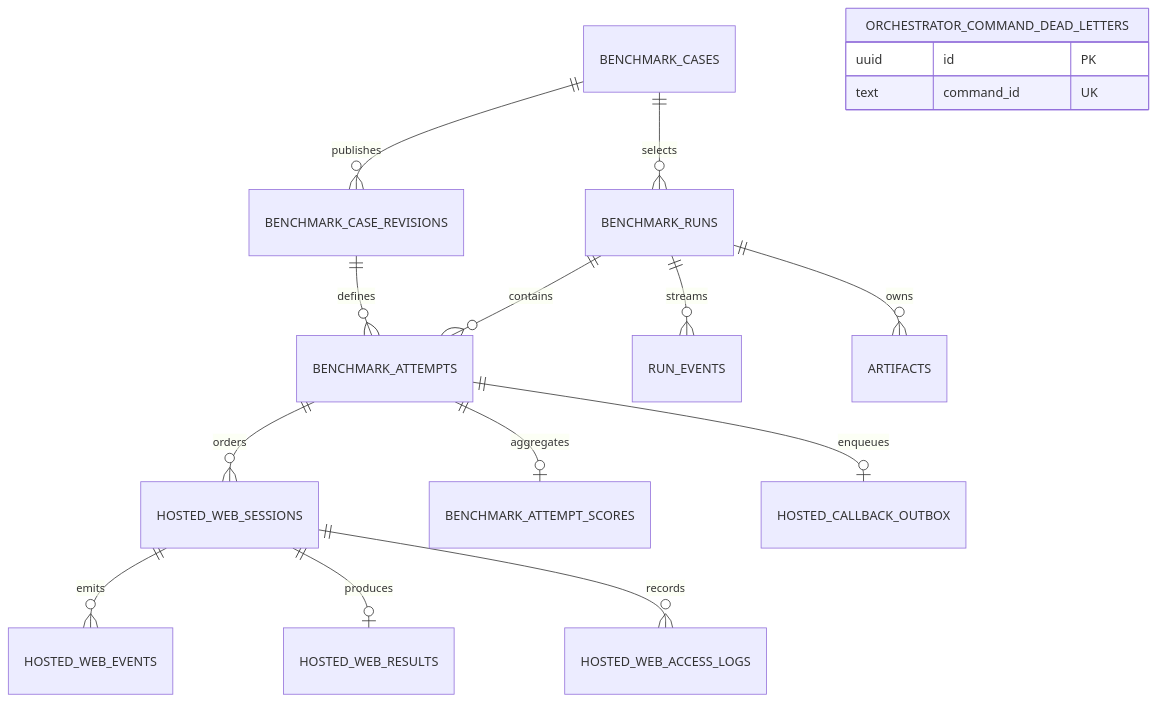
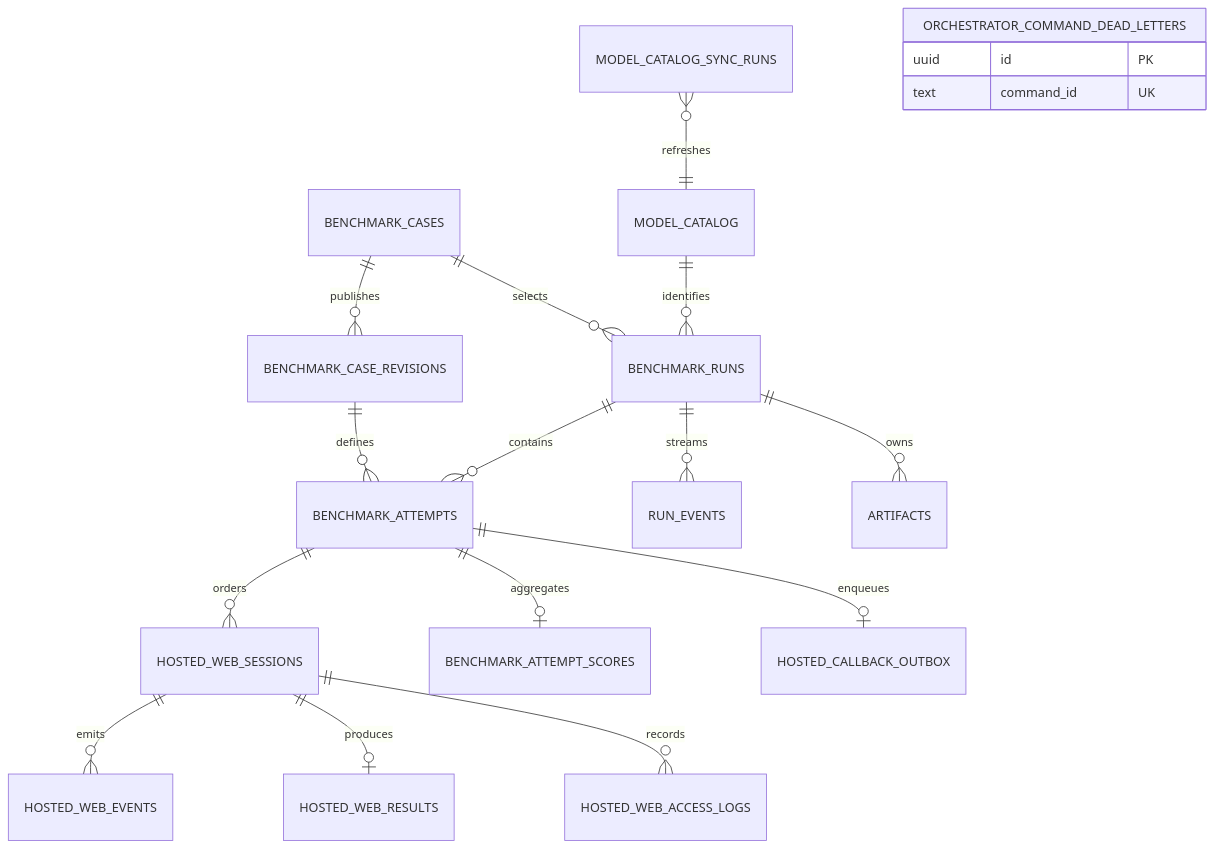
One commit to Kaiwen0418/agent-benchmark changed the first of 3 diagrams in docs/data-model.md. Above: the diagram before and after it, drawn with Mermaid. The commit also changed other lines of this file and 36 other files, not shown here.

Commit message:
feat(web): synchronize model catalog metadata

````diff
--- a/docs/data-model.md
+++ b/docs/data-model.md
@@ -5,19 +5,21 @@
 ```mermaid
 erDiagram
   BENCHMARK_CASES ||--o{ BENCHMARK_RUNS : selects
   BENCHMARK_CASES ||--o{ BENCHMARK_CASE_REVISIONS : publishes
   BENCHMARK_CASE_REVISIONS ||--o{ BENCHMARK_ATTEMPTS : defines
   BENCHMARK_RUNS ||--o{ BENCHMARK_ATTEMPTS : contains
   BENCHMARK_ATTEMPTS ||--o{ HOSTED_WEB_SESSIONS : orders
   HOSTED_WEB_SESSIONS ||--o{ HOSTED_WEB_EVENTS : emits
   HOSTED_WEB_SESSIONS ||--o| HOSTED_WEB_RESULTS : produces
   BENCHMARK_ATTEMPTS ||--o| BENCHMARK_ATTEMPT_SCORES : aggregates
   HOSTED_WEB_SESSIONS ||--o{ HOSTED_WEB_ACCESS_LOGS : records
   BENCHMARK_ATTEMPTS ||--o| HOSTED_CALLBACK_OUTBOX : enqueues
   BENCHMARK_RUNS ||--o{ RUN_EVENTS : streams
   BENCHMARK_RUNS ||--o{ ARTIFACTS : owns
+  MODEL_CATALOG ||--o{ BENCHMARK_RUNS : identifies
+  MODEL_CATALOG_SYNC_RUNS }o--|| MODEL_CATALOG : refreshes
   ORCHESTRATOR_COMMAND_DEAD_LETTERS {
     uuid id PK
     text command_id UK
   }
 ```
````
